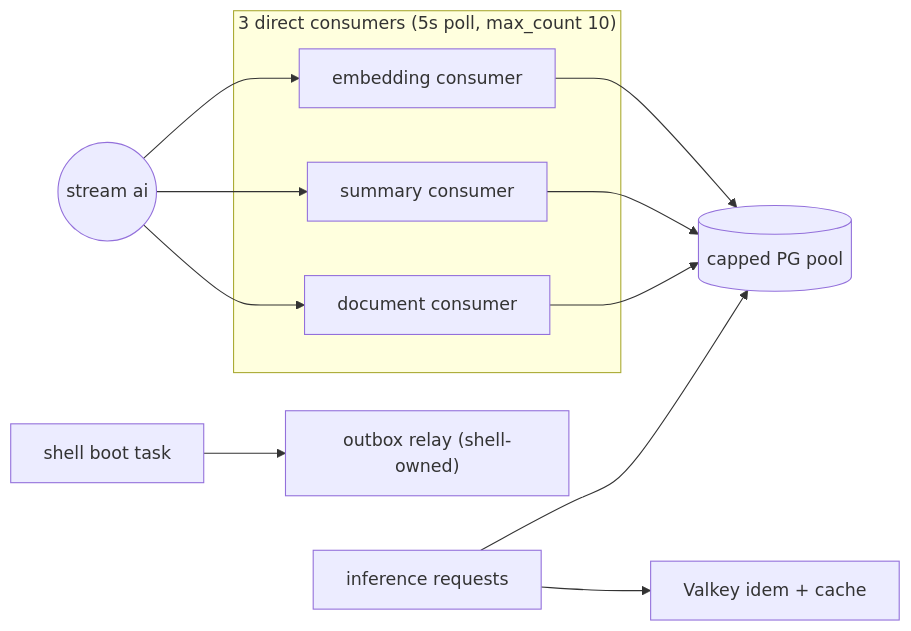
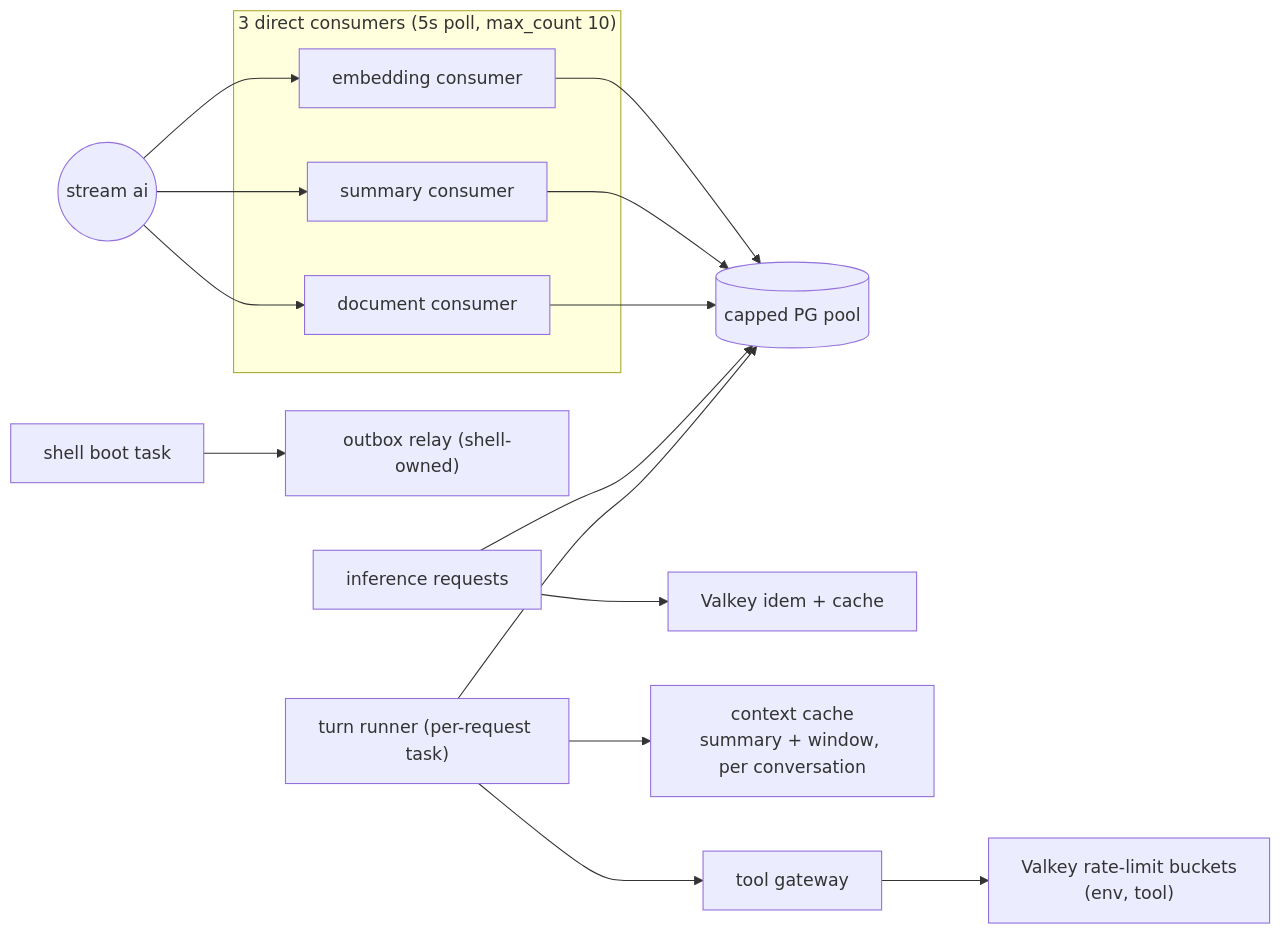
One commit to Sentin8/sentin8-ai changed diagram 15 of 16 in DESIGN.md. Above: the diagram before and after it, drawn with Mermaid. The commit also changed other lines of this file and 23 other files, not shown here.

First line of the commit message:
agent plane: multi-turn conversations, tool gateway, bounded turn loop

````diff
--- a/DESIGN.md
+++ b/DESIGN.md
@@ -318,15 +819,19 @@
 ```mermaid
 graph LR
     SHELL["shell boot task"] --> RELAY["outbox relay (shell-owned)"]
     subgraph CONSUMERS["3 direct consumers (5s poll, max_count 10)"]
         E1[embedding consumer]
         S1[summary consumer]
         D1[document consumer]
     end
     BUS(("stream ai")) --> E1 & S1 & D1
     E1 --> POOL[("capped PG pool")]
     S1 --> POOL
     D1 --> POOL
     INFER["inference requests"] --> CACHE["Valkey idem + cache"]
     INFER --> POOL
+    TURN["turn runner (per-request task)"] --> CTX["context cache<br/>summary + window, per conversation"]
+    TURN --> GW["tool gateway"]
+    GW --> RL["Valkey rate-limit buckets<br/>(env, tool)"]
+    TURN --> POOL
 ```
````
